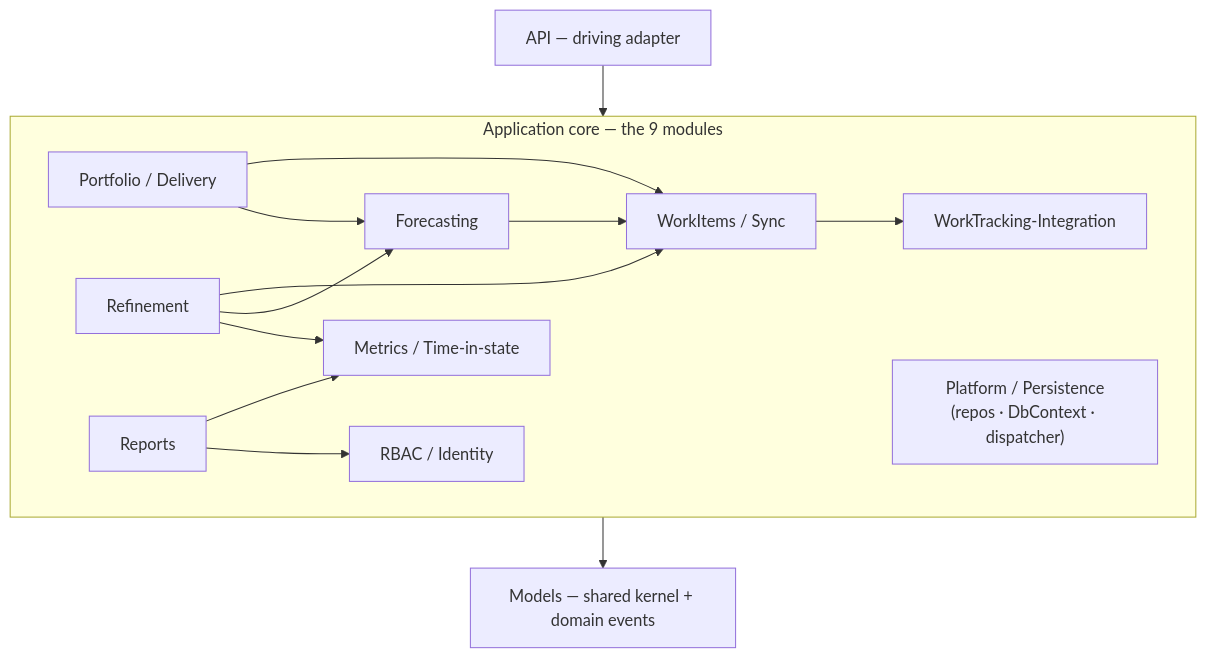
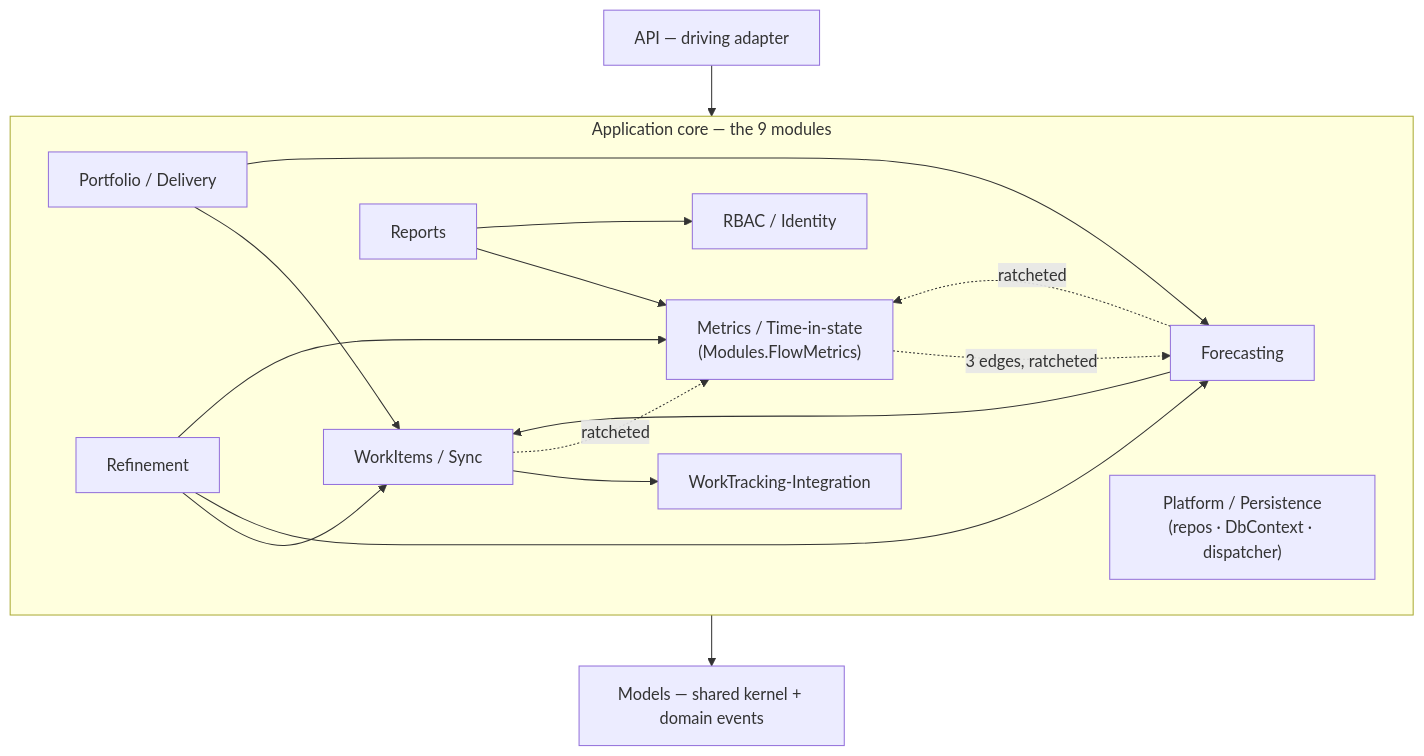
The second of 4 diagrams in ARCHITECTURE.md (LetPeopleWork/Lighthouse), drawn with Mermaid before and after one commit. The commit also changed other lines of this file and 4 other files, not shown here.

First line of the commit message:
docs(flow-metrics): finalize story-6358-s02-metrics-pilot

````diff
--- a/ARCHITECTURE.md
+++ b/ARCHITECTURE.md
@@ -113,27 +113,30 @@
 ```mermaid
 graph TD
   API["API — driving adapter"]
   subgraph CORE["Application core — the 9 modules"]
     WT["WorkTracking-Integration"]
     SYNC["WorkItems / Sync"]
     FC["Forecasting"]
     PD["Portfolio / Delivery"]
-    MET["Metrics / Time-in-state"]
+    MET["Metrics / Time-in-state<br/>(Modules.FlowMetrics)"]
     RBAC["RBAC / Identity"]
     PLAT["Platform / Persistence<br/>(repos · DbContext · dispatcher)"]
     REF["Refinement"]
     REP["Reports"]
   end
   KERNEL["Models — shared kernel + domain events"]
   API --> CORE
   CORE --> KERNEL
   SYNC --> WT
   PD --> SYNC
   PD --> FC
   FC --> SYNC
   REF --> SYNC
   REF --> FC
   REF --> MET
   REP --> MET
   REP --> RBAC
+  MET -.->|"3 edges, ratcheted"| FC
+  FC -.->|"ratcheted"| MET
+  SYNC -.->|"ratcheted"| MET
 ```
````
